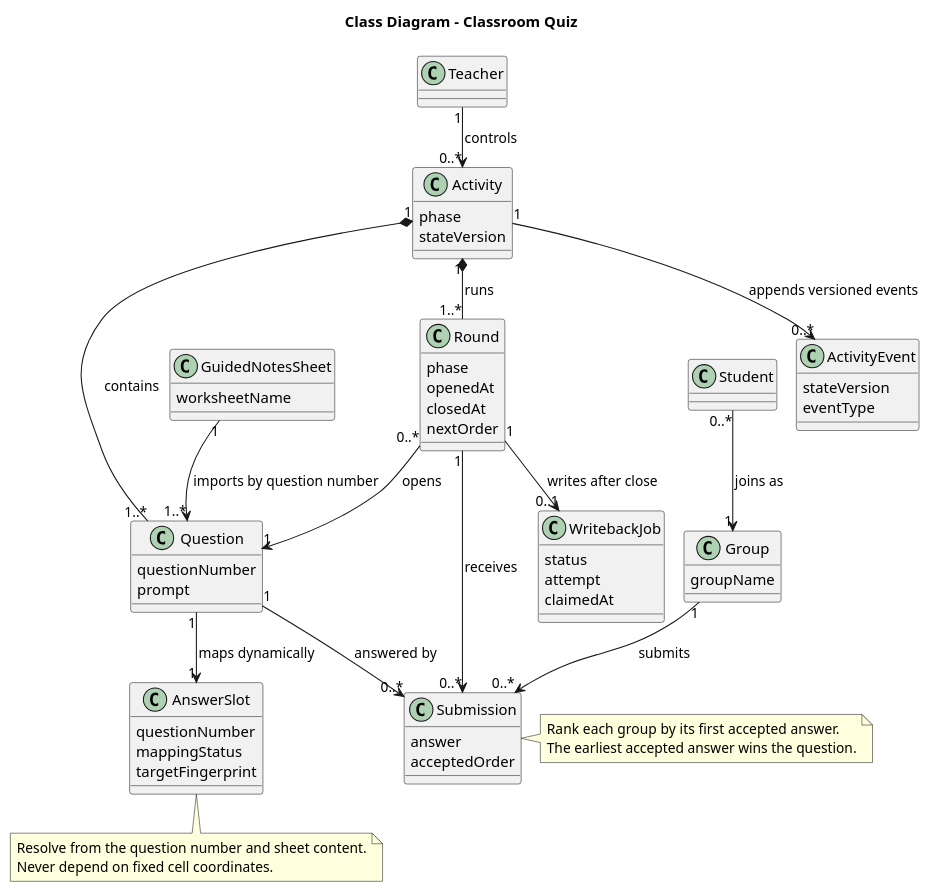
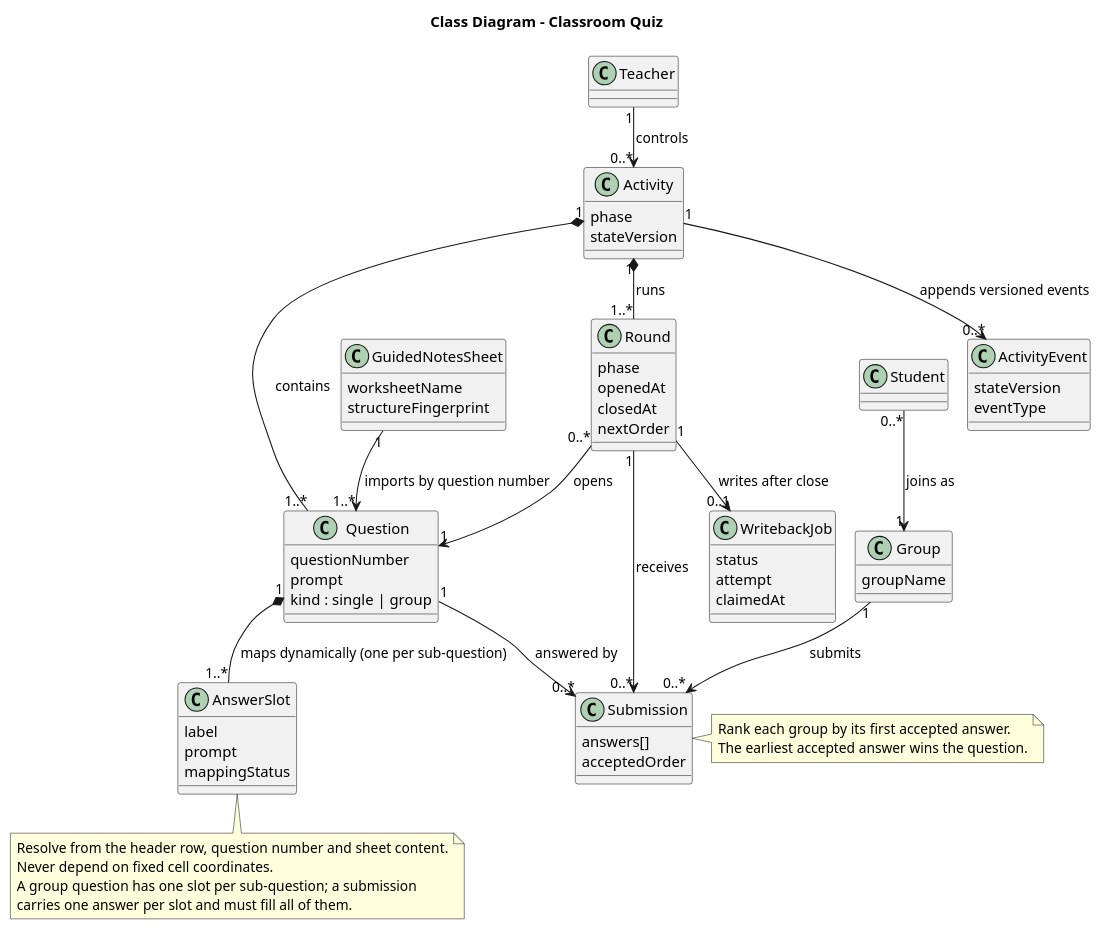
Before and after one commit to Chunshan-Theta/2026-SW-quickanswer: the diagram in main/diagrams/class.puml, drawn with PlantUML. The commit also changed 17 other files, not shown here.

First line of the commit message:
docs(002): spec, diagrams, plan and tasks for template import

```diff
--- a/main/diagrams/class.puml
+++ b/main/diagrams/class.puml
@@ -1,68 +1,72 @@
 @startuml
 !pragma layout smetana
 title Class Diagram - Classroom Quiz
 
 class Teacher
 class Student
 class Group {
   groupName
 }
 class Activity {
   phase
   stateVersion
 }
 class Question {
   questionNumber
   prompt
+  kind : single | group
 }
 class Round {
   phase
   openedAt
   closedAt
   nextOrder
 }
 class Submission {
-  answer
+  answers[]
   acceptedOrder
 }
 class GuidedNotesSheet {
   worksheetName
+  structureFingerprint
 }
 class AnswerSlot {
-  questionNumber
+  label
+  prompt
   mappingStatus
-  targetFingerprint
 }
 class ActivityEvent {
   stateVersion
   eventType
 }
 class WritebackJob {
   status
   attempt
   claimedAt
 }
 
 Teacher "1" --> "0..*" Activity : controls
 Activity "1" *-- "1..*" Question : contains
 Activity "1" *-- "1..*" Round : runs
 Round "0..*" --> "1" Question : opens
 Student "0..*" --> "1" Group : joins as
 Group "1" --> "0..*" Submission : submits
 Round "1" --> "0..*" Submission : receives
 Question "1" --> "0..*" Submission : answered by
 GuidedNotesSheet "1" --> "1..*" Question : imports by question number
-Question "1" --> "1" AnswerSlot : maps dynamically
+Question "1" *-- "1..*" AnswerSlot : maps dynamically (one per sub-question)
 Activity "1" --> "0..*" ActivityEvent : appends versioned events
 Round "1" --> "0..1" WritebackJob : writes after close
 
 note right of Submission
   Rank each group by its first accepted answer.
   The earliest accepted answer wins the question.
 end note
 note bottom of AnswerSlot
-  Resolve from the question number and sheet content.
+  Resolve from the header row, question number and sheet content.
   Never depend on fixed cell coordinates.
+  A group question has one slot per sub-question; a submission
+  carries one answer per slot and must fill all of them.
 end note
 
 @enduml
```
